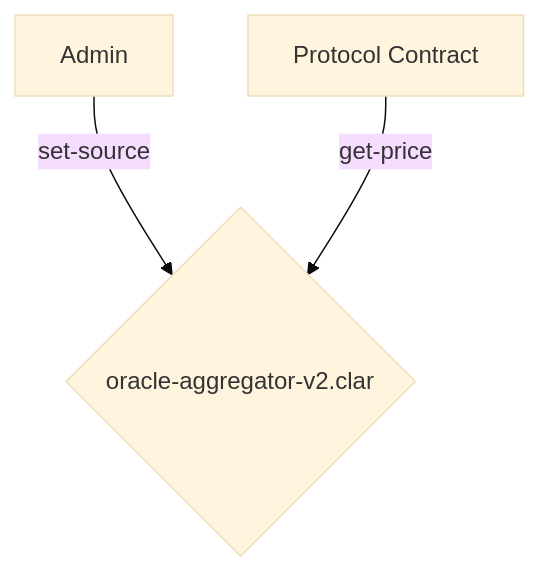
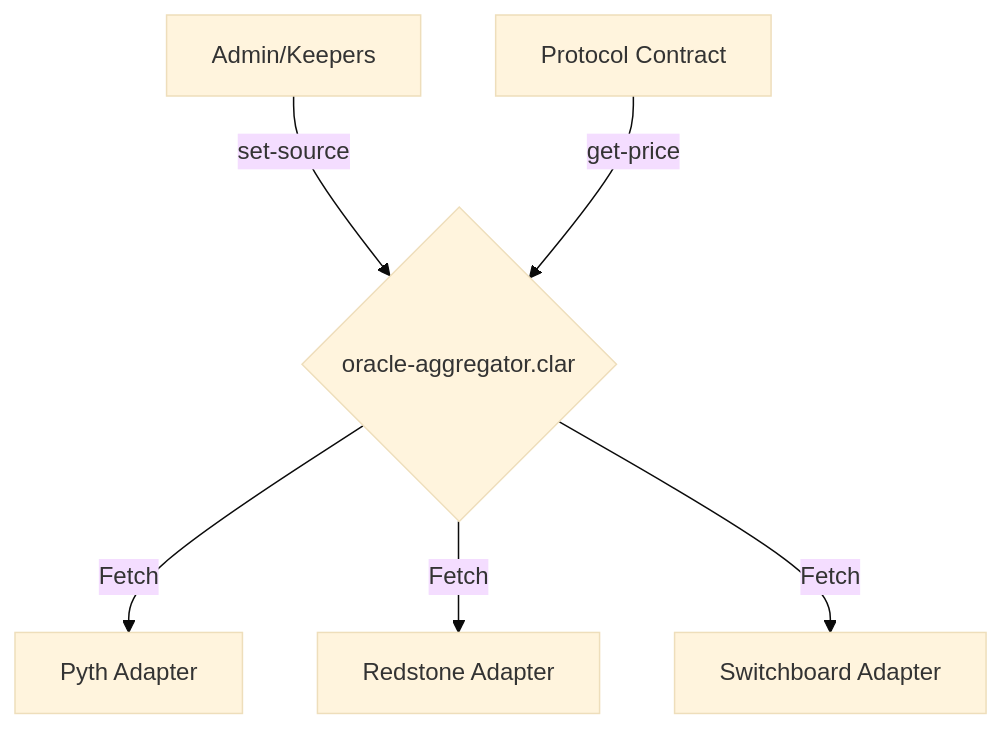
The diagram in contracts/oracle/README.md (Anya-org/Conxian), drawn with Mermaid (base theme) before and after one commit. The commit also changed other lines of this file and 18 other files, not shown here.

````diff
--- a/contracts/oracle/README.md
+++ b/contracts/oracle/README.md
@@ -13,5 +19,8 @@
 ```mermaid
 graph TD
-    A[Admin] -- set-source --> B{oracle-aggregator-v2.clar};
+    A[Admin/Keepers] -- set-source --> B{oracle-aggregator.clar};
+    B -- Fetch --> P[Pyth Adapter];
+    B -- Fetch --> R[Redstone Adapter];
+    B -- Fetch --> S[Switchboard Adapter];
     C[Protocol Contract] -- get-price --> B;
 ```
````
